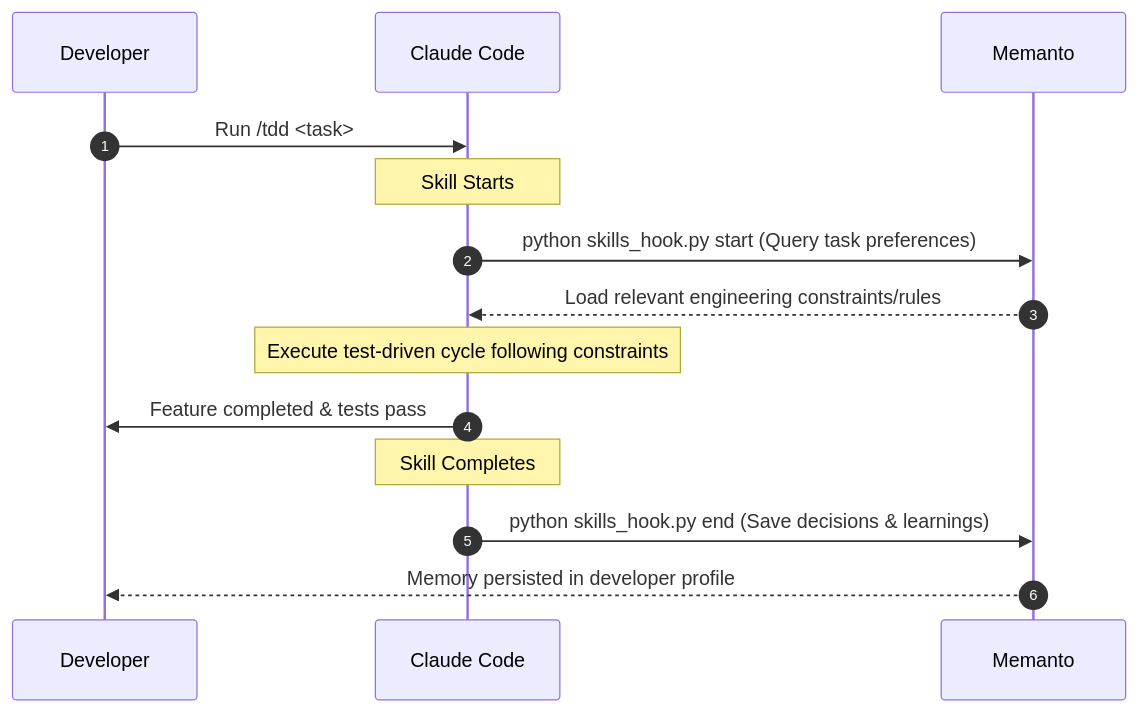
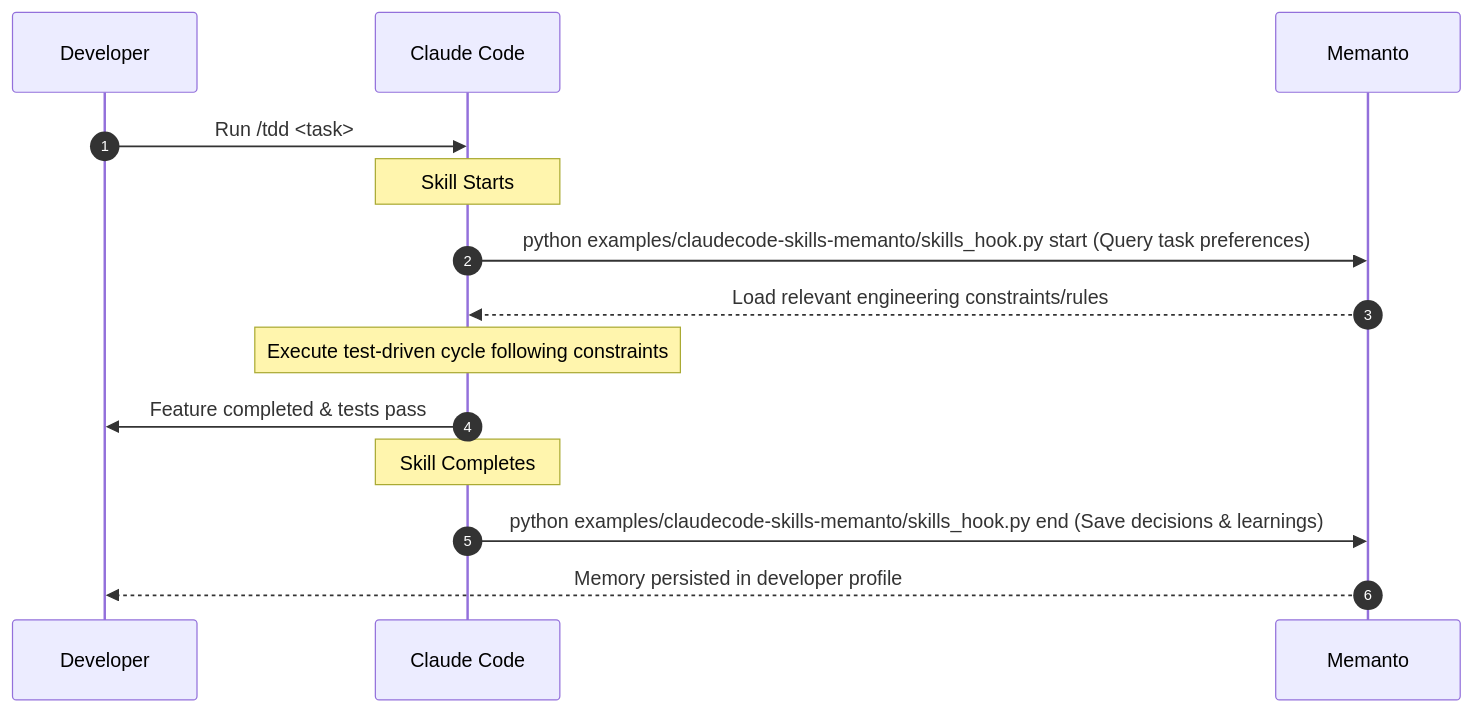
One commit to moorcheh-ai/memanto changed the diagram in examples/claudecode-skills-memanto/README.md. Above: the diagram before and after it, drawn with Mermaid. The commit also changed other lines of this file, not shown here.

````diff
--- a/examples/claudecode-skills-memanto/README.md
+++ b/examples/claudecode-skills-memanto/README.md
@@ -21,13 +21,13 @@
 ```mermaid
 sequenceDiagram
     autonumber
     Developer->>Claude Code: Run /tdd <task>
     Note over Claude Code: Skill Starts
-    Claude Code->>Memanto: python skills_hook.py start (Query task preferences)
+    Claude Code->>Memanto: python examples/claudecode-skills-memanto/skills_hook.py start (Query task preferences)
     Memanto-->>Claude Code: Load relevant engineering constraints/rules
     Note over Claude Code: Execute test-driven cycle following constraints
     Claude Code->>Developer: Feature completed & tests pass
     Note over Claude Code: Skill Completes
-    Claude Code->>Memanto: python skills_hook.py end (Save decisions & learnings)
+    Claude Code->>Memanto: python examples/claudecode-skills-memanto/skills_hook.py end (Save decisions & learnings)
     Memanto-->>Developer: Memory persisted in developer profile
 ```
````
